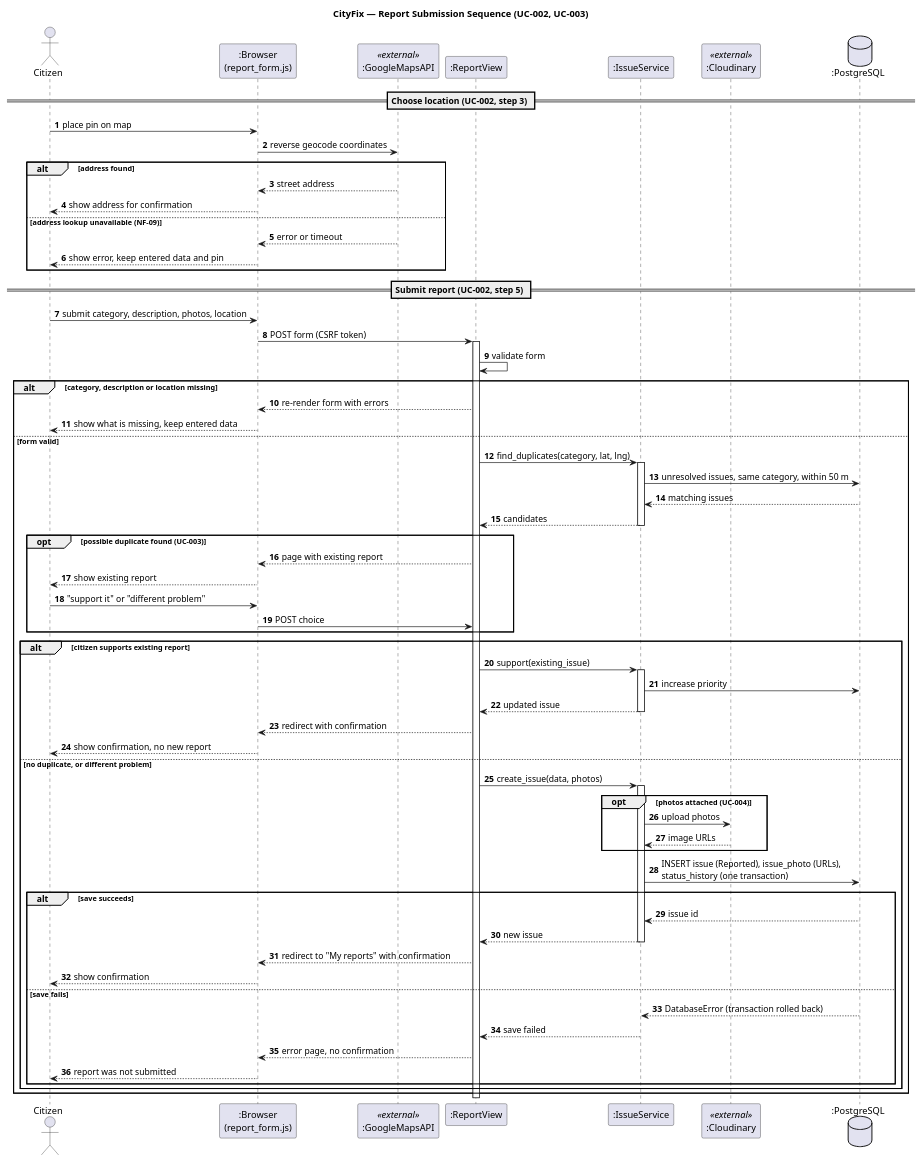
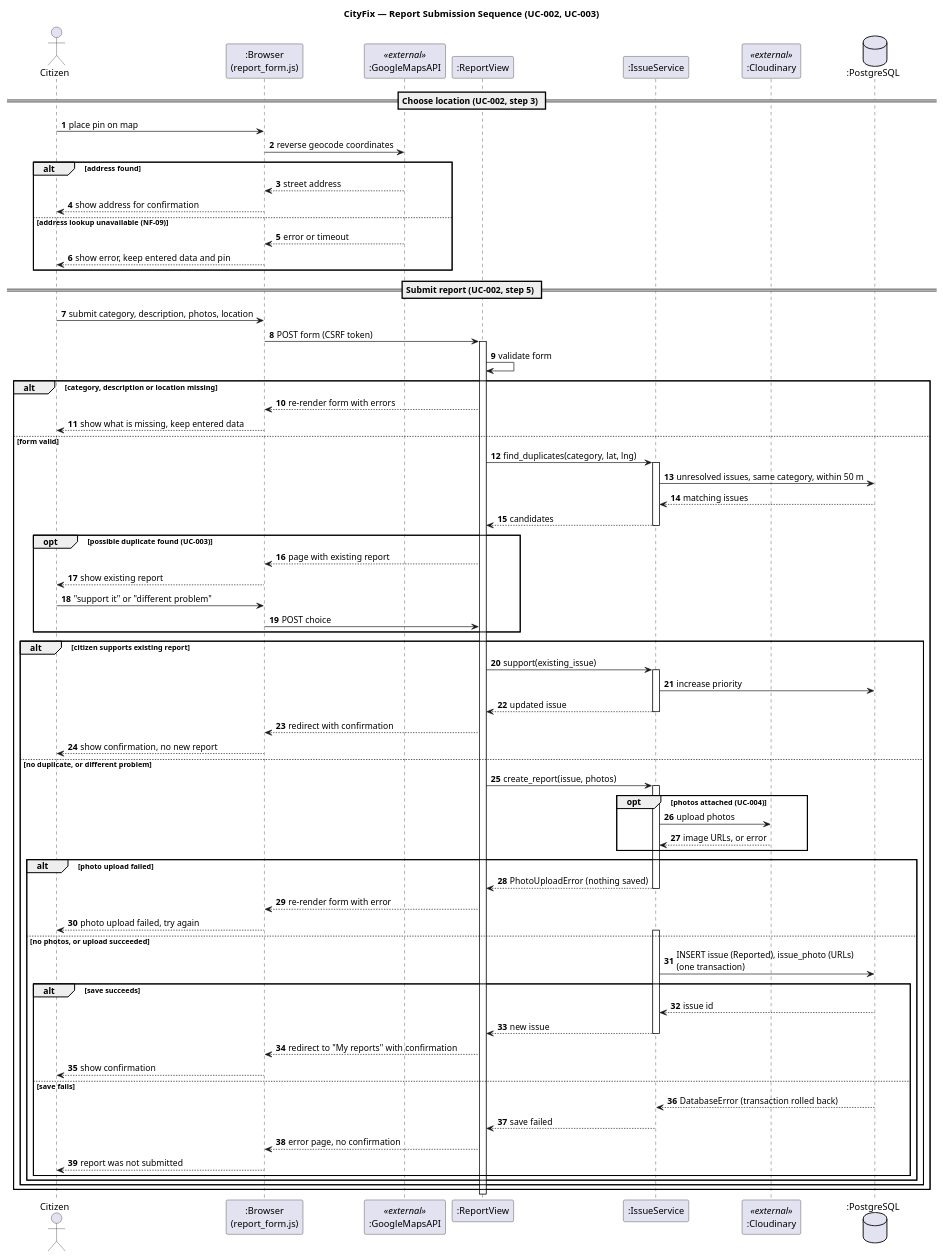
The diagram in docs/puml/sequence_report_submission.puml (T3-Dev-Team/T3-Development), drawn with PlantUML before and after one commit. The commit also changed 7 other files, not shown here.

Commit message:
diagrams update

```diff
--- a/docs/puml/sequence_report_submission.puml
+++ b/docs/puml/sequence_report_submission.puml
@@ -1,79 +1,87 @@
 @startuml sequence_report_submission
 title CityFix — Report Submission Sequence (UC-002, UC-003)
 skinparam shadowing false
 skinparam sequenceMessageAlign left
 autonumber
 
 actor Citizen
 participant ":Browser\n(report_form.js)" as FE
 participant ":GoogleMapsAPI" as GM <<external>>
 participant ":ReportView" as V
 participant ":IssueService" as S
 participant ":Cloudinary" as CL <<external>>
 database ":PostgreSQL" as DB
 
 == Choose location (UC-002, step 3) ==
 Citizen -> FE : place pin on map
 FE -> GM : reverse geocode coordinates
 alt address found
   GM --> FE : street address
   FE --> Citizen : show address for confirmation
 else address lookup unavailable (NF-09)
   GM --> FE : error or timeout
   FE --> Citizen : show error, keep entered data and pin
 end
 
 == Submit report (UC-002, step 5) ==
 Citizen -> FE : submit category, description, photos, location
 FE -> V : POST form (CSRF token)
 activate V
 V -> V : validate form
 alt category, description or location missing
   V --> FE : re-render form with errors
   FE --> Citizen : show what is missing, keep entered data
 else form valid
   V -> S : find_duplicates(category, lat, lng)
   activate S
   S -> DB : unresolved issues, same category, within 50 m
   DB --> S : matching issues
   S --> V : candidates
   deactivate S
   opt possible duplicate found (UC-003)
     V --> FE : page with existing report
     FE --> Citizen : show existing report
     Citizen -> FE : "support it" or "different problem"
     FE -> V : POST choice
   end
   alt citizen supports existing report
     V -> S : support(existing_issue)
     activate S
     S -> DB : increase priority
     S --> V : updated issue
     deactivate S
     V --> FE : redirect with confirmation
     FE --> Citizen : show confirmation, no new report
   else no duplicate, or different problem
-    V -> S : create_issue(data, photos)
+    V -> S : create_report(issue, photos)
     activate S
     opt photos attached (UC-004)
       S -> CL : upload photos
-      CL --> S : image URLs
+      CL --> S : image URLs, or error
     end
-    S -> DB : INSERT issue (Reported), issue_photo (URLs),\nstatus_history (one transaction)
-    alt save succeeds
-      DB --> S : issue id
-      S --> V : new issue
+    alt photo upload failed
+      S --> V : PhotoUploadError (nothing saved)
       deactivate S
-      V --> FE : redirect to "My reports" with confirmation
-      FE --> Citizen : show confirmation
-    else save fails
-      DB --> S : DatabaseError (transaction rolled back)
-      S --> V : save failed
-      deactivate S
-      V --> FE : error page, no confirmation
-      FE --> Citizen : report was not submitted
+      V --> FE : re-render form with error
+      FE --> Citizen : photo upload failed, try again
+    else no photos, or upload succeeded
+      activate S
+      S -> DB : INSERT issue (Reported), issue_photo (URLs)\n(one transaction)
+      alt save succeeds
+        DB --> S : issue id
+        S --> V : new issue
+        deactivate S
+        V --> FE : redirect to "My reports" with confirmation
+        FE --> Citizen : show confirmation
+      else save fails
+        DB --> S : DatabaseError (transaction rolled back)
+        S --> V : save failed
+        deactivate S
+        V --> FE : error page, no confirmation
+        FE --> Citizen : report was not submitted
+      end
     end
   end
 end
 deactivate V
 @enduml
```
